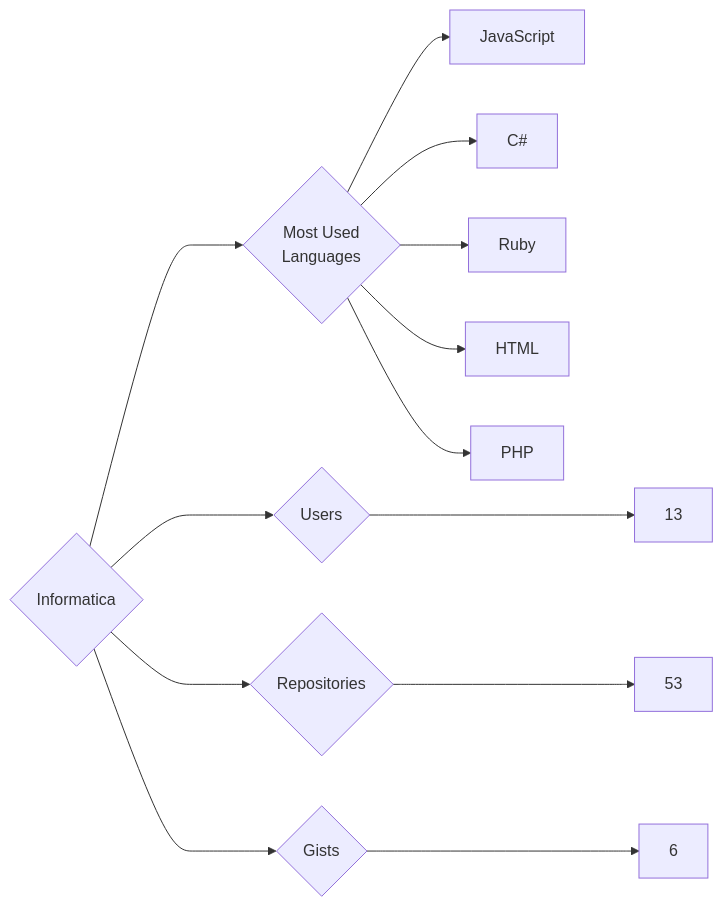
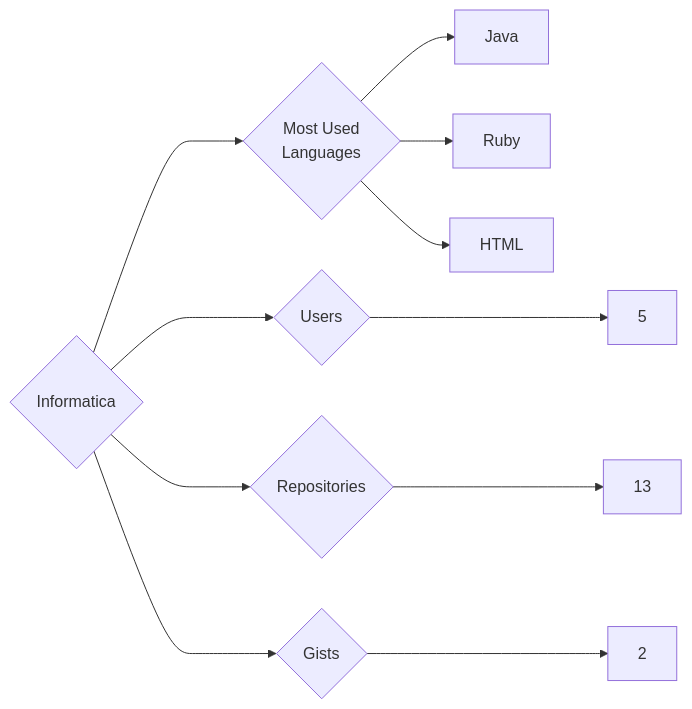
Before and after one commit to trickest/insiders: the diagram in targets/Informatica/README.md, drawn with Mermaid. The commit also changed 1084 other files, not shown here.

````diff
--- a/targets/Informatica/README.md
+++ b/targets/Informatica/README.md
@@ -3,13 +3,11 @@
 ```mermaid
 graph LR
 COMPANY_NAME{Informatica}
-COMPANY_NAME ---> U{Users} ---> UN[13]
-COMPANY_NAME ---> R{Repositories} ---> RN[53]
-COMPANY_NAME ---> G{Gists} ---> GN[6]
+COMPANY_NAME ---> U{Users} ---> UN[5]
+COMPANY_NAME ---> R{Repositories} ---> RN[13]
+COMPANY_NAME ---> G{Gists} ---> GN[2]
 COMPANY_NAME ---> ML{Most Used<br>Languages}
-ML --> JavaScript[JavaScript]
-ML --> C#[C#]
+ML --> Java[Java]
 ML --> Ruby[Ruby]
 ML --> HTML[HTML]
-ML --> PHP[PHP]
 ```
````
